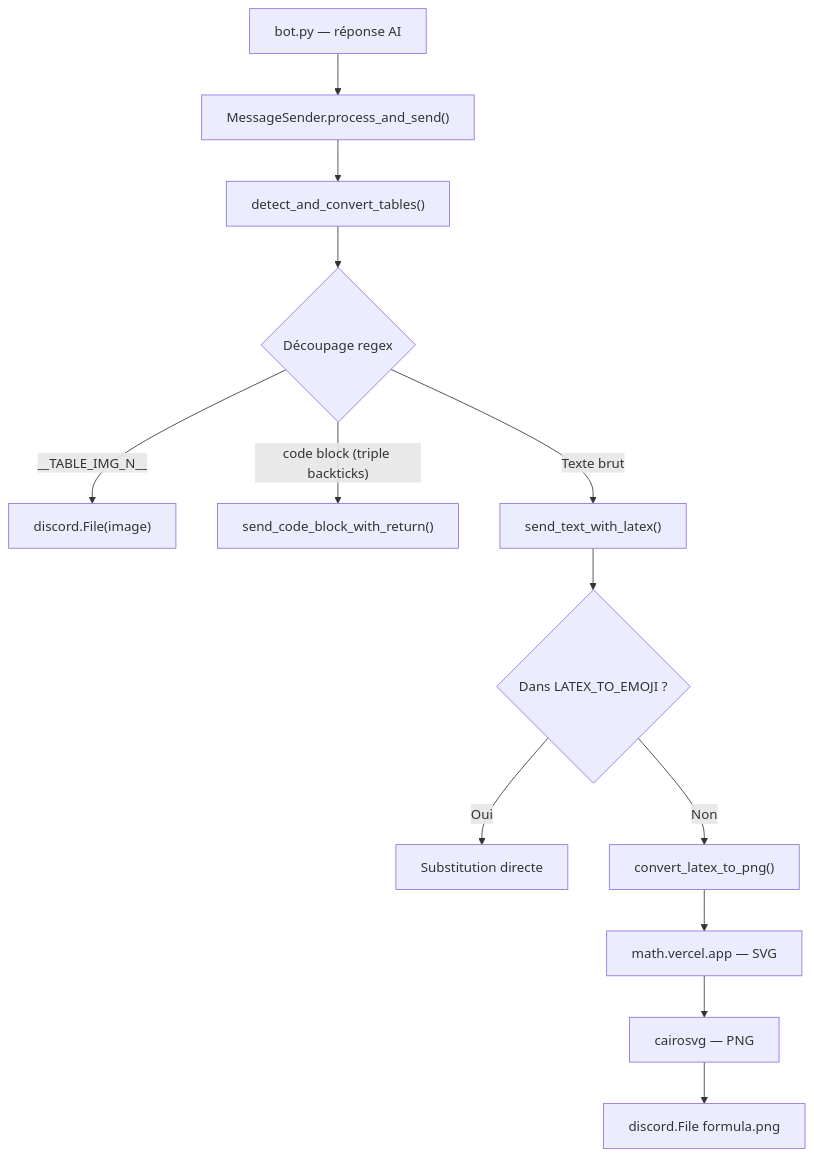
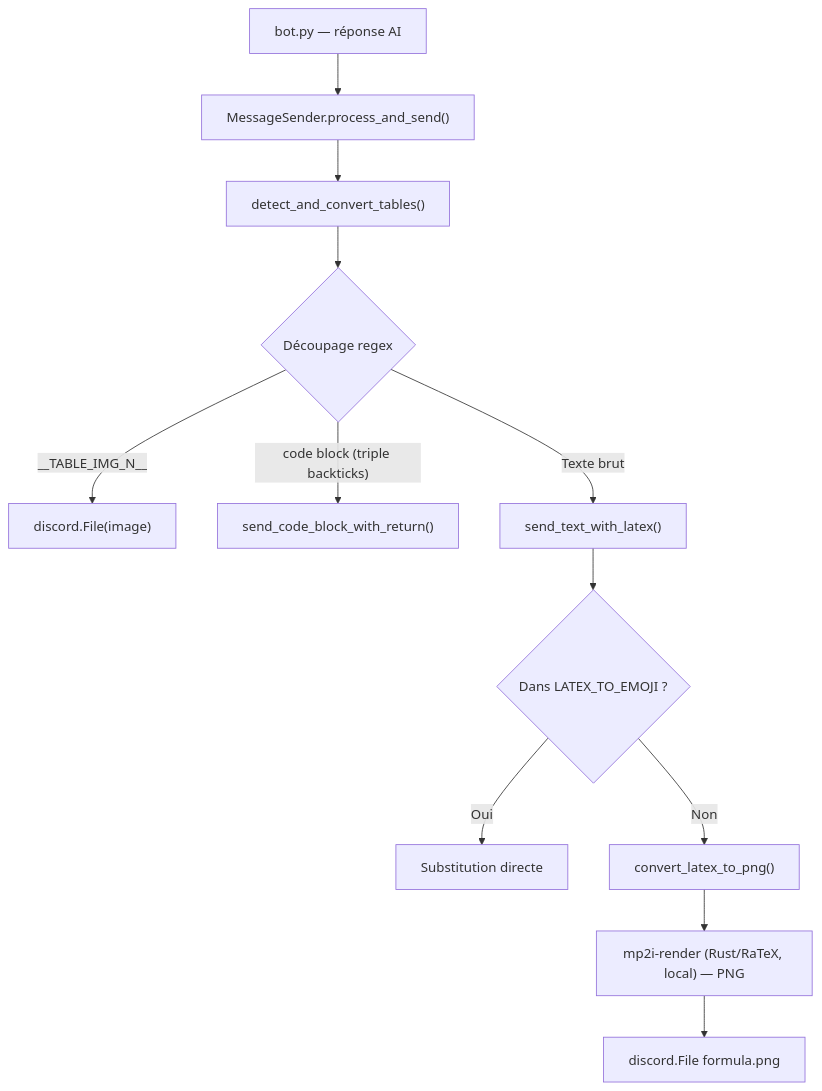
One commit to Elnix90/MP2I changed the first of 4 diagrams in docs/handlers.md. Above: the diagram before and after it, drawn with Mermaid. The commit also changed other lines of this file and 13 other files, not shown here.

Commit message:
feat: replace math.vercel.app wrapper by RaTeX wrapper

````diff
--- a/docs/handlers.md
+++ b/docs/handlers.md
@@ -8,15 +8,14 @@
 ```mermaid
 flowchart TD
     A[bot.py — réponse AI] --> B["MessageSender.process_and_send()"]
     B --> C["detect_and_convert_tables()"]
     C --> D{Découpage regex}
     D -->|__TABLE_IMG_N__| E["discord.File(image)"]
     D -->|"code block (triple backticks)"| F["send_code_block_with_return()"]
     D -->|Texte brut| G["send_text_with_latex()"]
     G --> H{Dans LATEX_TO_EMOJI ?}
     H -->|Oui| I["Substitution directe"]
     H -->|Non| J["convert_latex_to_png()"]
-    J --> K[math.vercel.app — SVG]
-    K --> L[cairosvg — PNG]
-    L --> M[discord.File formula.png]
+    J --> K["mp2i-render (Rust/RaTeX, local) — PNG"]
+    K --> M[discord.File formula.png]
 ```
````
